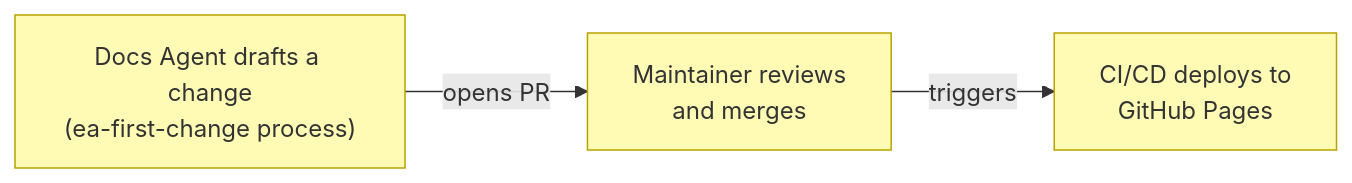
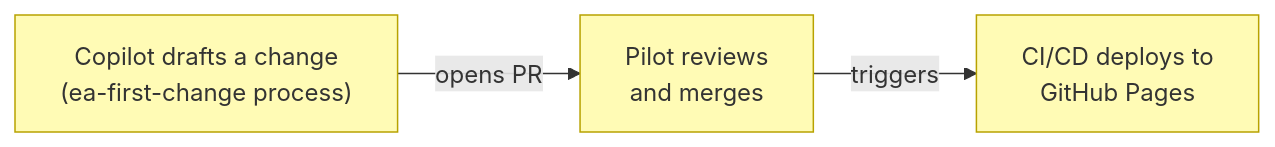
The diagram in example/docs/ea/2_business/2_business-services.md (roanboc/architecture-archreator), drawn with Mermaid before and after one commit. The commit also changed other lines of this file and 18 other files, not shown here.

First line of the commit message:
refactor: rename example actors to Pilot (human) and Copilot (AI)

````diff
--- a/example/docs/ea/2_business/2_business-services.md
+++ b/example/docs/ea/2_business/2_business-services.md
@@ -15,11 +15,11 @@
 ```mermaid
 flowchart LR
-  draft["Docs Agent drafts a change<br>(ea-first-change process)"]:::business
-  review["Maintainer reviews<br>and merges"]:::business
+  draft["Copilot drafts a change<br>(ea-first-change process)"]:::business
+  review["Pilot reviews<br>and merges"]:::business
   deploy["CI/CD deploys to<br>GitHub Pages"]:::business
 
   draft -->|opens PR| review
   review -->|triggers| deploy
 
   classDef business fill:#fffbb5,stroke:#b8a200,color:#333
 ```
````
